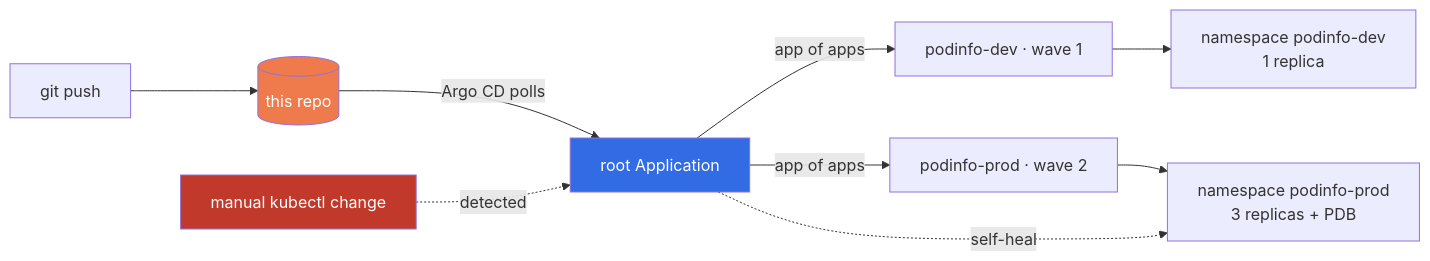
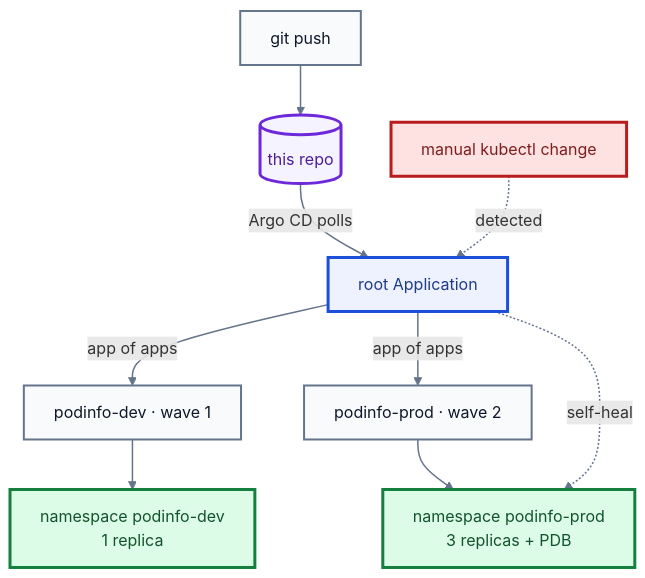
Before and after one commit to sadvi11/gitops-argocd-kubernetes: the diagram in README.md, drawn with Mermaid.

Commit message:
docs: make the architecture diagram readable on a phone and in both themes
Verified by rendering with mermaid-cli 11 in the light and dark themes, not
by eye.

Direction: long left-to-right chains render as hairlines on a narrow screen.
Those are now top-down.

Contrast: a node that pins a fill but lets its text colour default is legible
in only one of GitHub's two themes, and an unstyled node inherits whichever
theme the reader has. Every node now sets its own fill and text colour, edges
are pinned too, and subgraph labels take an explicit colour - white-on-pale
subgraph titles were invisible in dark mode.

````diff
--- a/README.md
+++ b/README.md
@@ -63,15 +63,29 @@
 ```mermaid
-flowchart LR
-    Dev[git push] --> Repo[(this repo)]
-    Repo -->|Argo CD polls| Root[root Application]
-    Root -->|app of apps| DevApp[podinfo-dev · wave 1]
-    Root -->|app of apps| ProdApp[podinfo-prod · wave 2]
-    DevApp --> NsDev[namespace podinfo-dev<br/>1 replica]
-    ProdApp --> NsProd[namespace podinfo-prod<br/>3 replicas + PDB]
-    Drift[manual kubectl change] -.->|detected| Root
-    Root -.->|self-heal| NsProd
+flowchart TD
+    Dev["git push"]
+    Repo[("this repo")]
+    Root["root Application"]
+    DevApp["podinfo-dev · wave 1"]
+    ProdApp["podinfo-prod · wave 2"]
+    NsDev["namespace podinfo-dev<br/>1 replica"]
+    NsProd["namespace podinfo-prod<br/>3 replicas + PDB"]
+    Drift["manual kubectl change"]
 
-    style Repo fill:#EF7B4D,color:#fff
-    style Root fill:#326CE5,color:#fff
-    style Drift fill:#c0392b,color:#fff
+    Dev --> Repo
+    Repo -->|"Argo CD polls"| Root
+    Root -->|"app of apps"| DevApp --> NsDev
+    Root -->|"app of apps"| ProdApp --> NsProd
+    Drift -.->|"detected"| Root
+    Root -.->|"self-heal"| NsProd
+
+    linkStyle default stroke:#64748b,stroke-width:1.5px
+    classDef default fill:#f8fafc,stroke:#64748b,stroke-width:2px,color:#0f172a
+    classDef ci    fill:#f5f3ff,stroke:#6d28d9,stroke-width:3px,color:#4c1d95
+    classDef k8s   fill:#eef2ff,stroke:#1d4ed8,stroke-width:3px,color:#1e3a8a
+    classDef ok    fill:#dcfce7,stroke:#15803d,stroke-width:3px,color:#14532d
+    classDef stop  fill:#fee2e2,stroke:#b91c1c,stroke-width:3px,color:#7f1d1d
+    class Repo ci
+    class Root k8s
+    class Drift stop
+    class NsDev,NsProd ok
 ```
````
